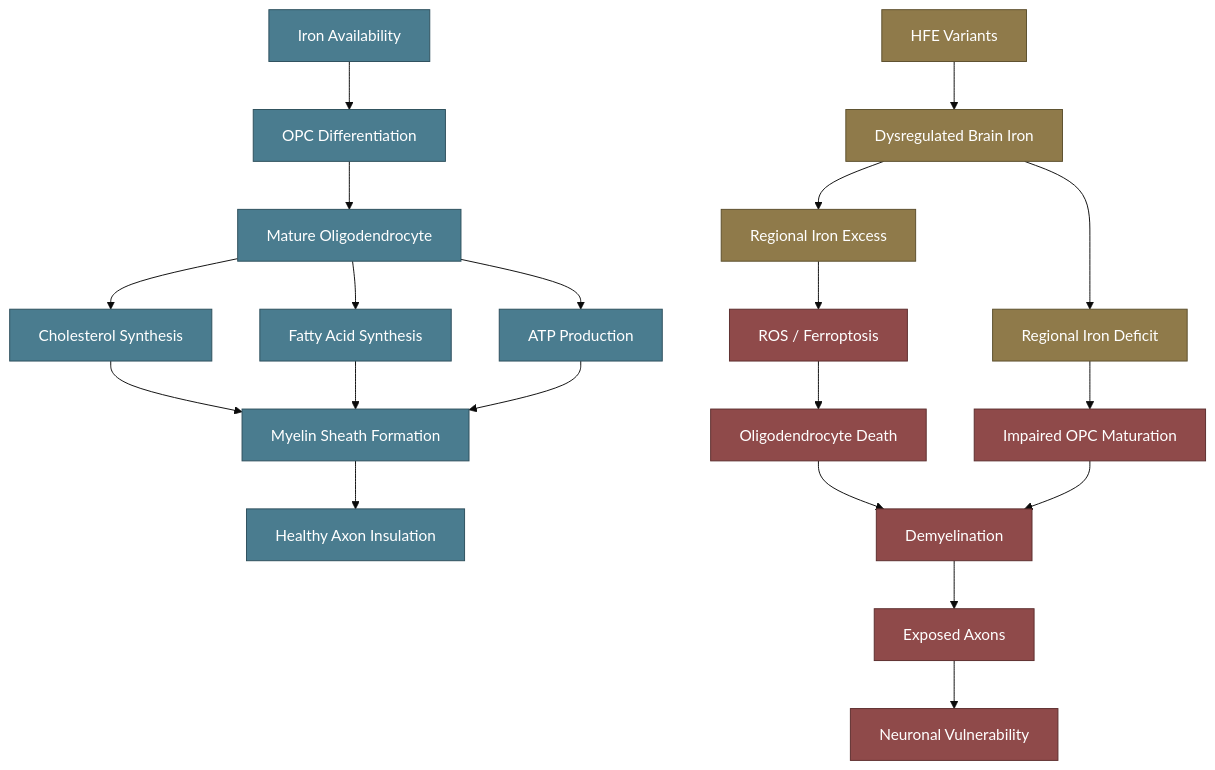
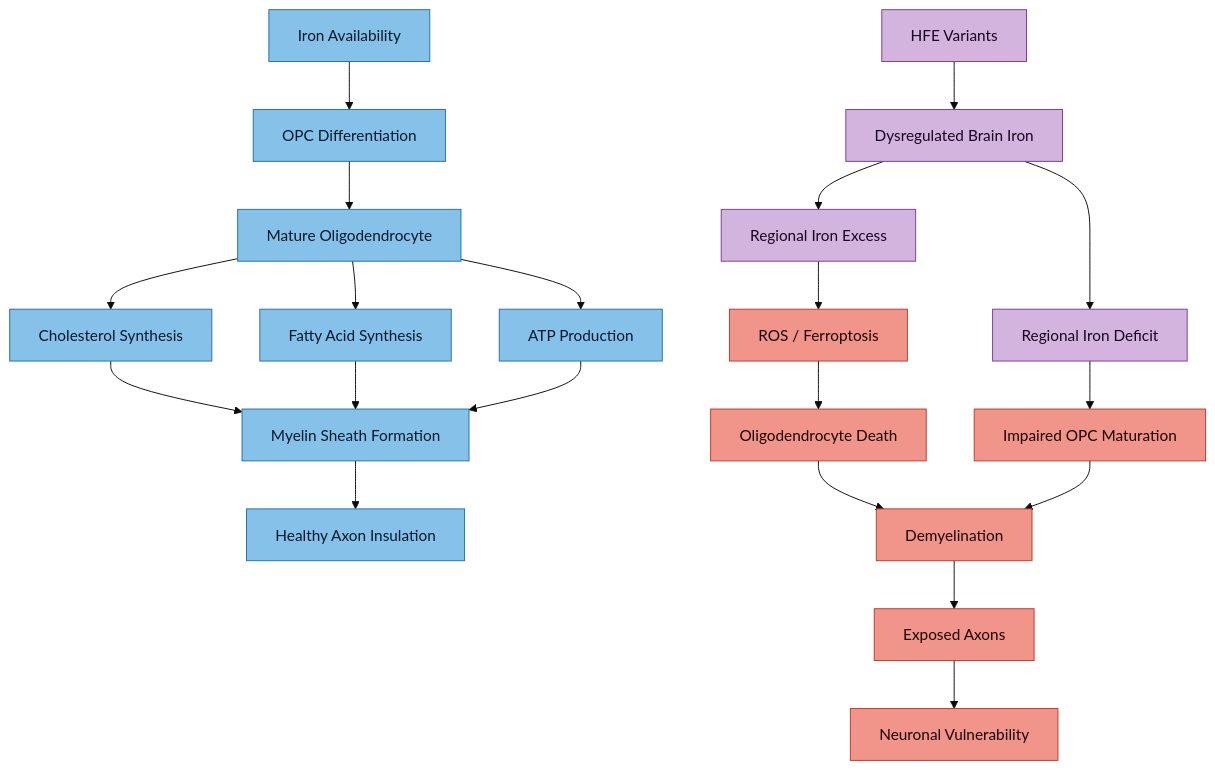
The diagram in research/Iron and Myelination.md (Aegis-commits/ag-hfe-adhd-asd-research), drawn with Mermaid (base theme) before and after one commit. The commit also changed 39 other files, not shown here.

First line of the commit message:
docs(vault): standardise diagram colours for light-mode readability, add MOC quick nav

````diff
--- a/research/Iron and Myelination.md
+++ b/research/Iron and Myelination.md
@@ -29,32 +29,32 @@
 ```mermaid
 flowchart TD
     A[Iron Availability] --> B[OPC Differentiation]
     B --> C[Mature Oligodendrocyte]
     C --> D[Cholesterol Synthesis]
     C --> E[Fatty Acid Synthesis]
     C --> F[ATP Production]
     D --> G[Myelin Sheath Formation]
     E --> G
     F --> G
     G --> H[Healthy Axon Insulation]
 
     I[HFE Variants] --> J[Dysregulated Brain Iron]
     J --> K[Regional Iron Excess]
     J --> L[Regional Iron Deficit]
     K --> M[ROS / Ferroptosis]
     M --> N[Oligodendrocyte Death]
     N --> O[Demyelination]
     O --> P[Exposed Axons]
     P --> Q[Neuronal Vulnerability]
     L --> R[Impaired OPC Maturation]
     R --> O
 
-    classDef normal fill:#4a7c8f,stroke:#2d4f5c,color:#fff
-    classDef damage fill:#8f4a4a,stroke:#5c2d2d,color:#fff
-    classDef hfe fill:#8f7a4a,stroke:#5c4f2d,color:#fff
-    classDef outcome fill:#6b4a8f,stroke:#3f2d5c,color:#fff
+    classDef normal fill:#85c1e9,stroke:#2471a3,color:#0a1929
+    classDef damage fill:#f1948a,stroke:#c0392b,color:#1a0505
+    classDef hfe fill:#d2b4de,stroke:#7d3c98,color:#1a0422
+    classDef outcome fill:#f7dc6f,stroke:#b7950b,color:#1a1400
 
     class A,B,C,D,E,F,G,H normal
     class I,J,K,L hfe
     class M,N,O,P,Q,R damage
 ```
````
